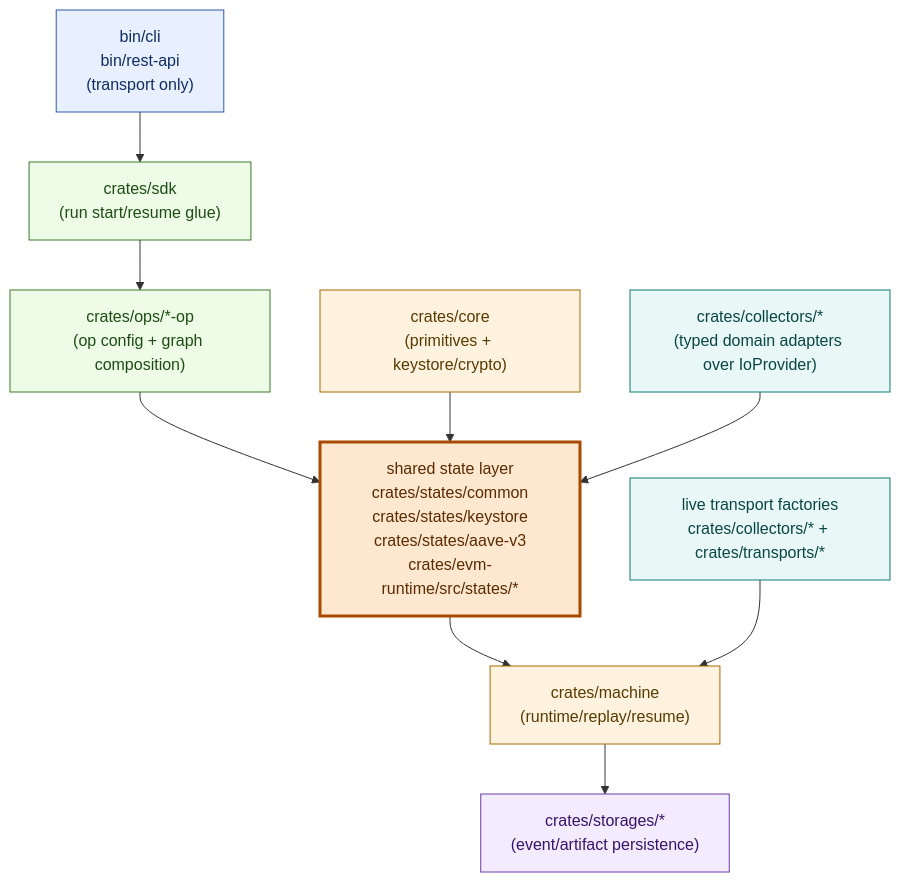
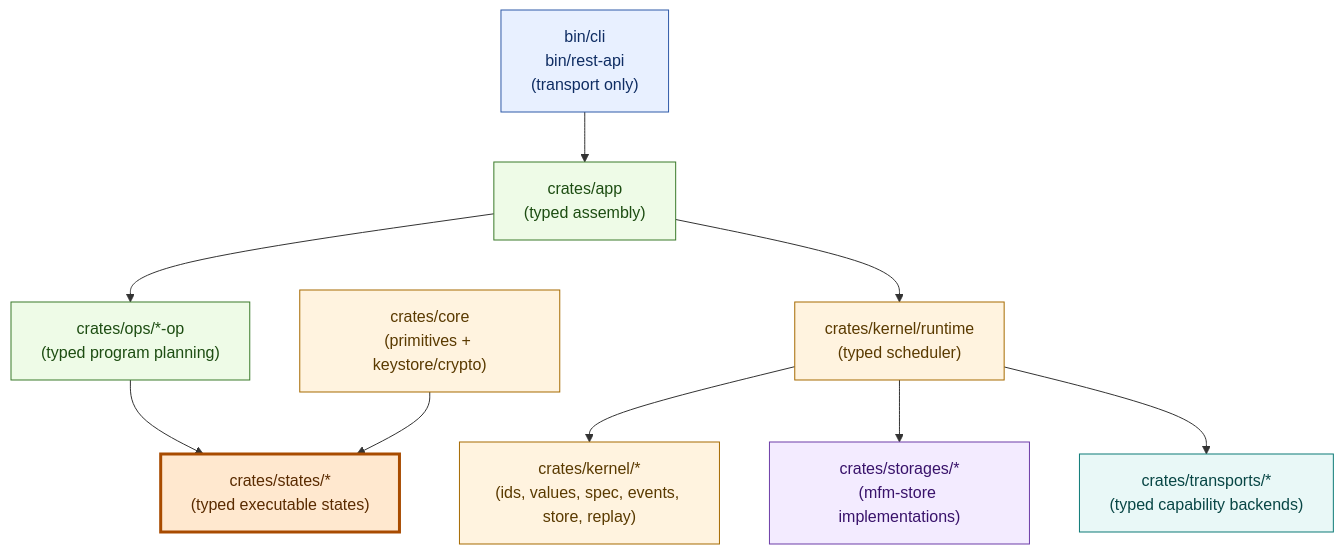
Before and after one commit to willyrgf/mfm: the diagram in README.md, drawn with Mermaid. The commit also changed other lines of this file and 55 other files, not shown here.

````diff
--- a/README.md
+++ b/README.md
@@ -9,25 +9,25 @@
 ```mermaid
 flowchart TD
-    B["bin/cli<br/>bin/rest-api<br/>(transport only)"] --> S["crates/sdk<br/>(run start/resume glue)"]
-    S --> O["crates/ops/*-op<br/>(op config + graph composition)"]
-    O --> SH["shared state layer<br/>crates/states/common<br/>crates/states/keystore<br/>crates/states/aave-v3<br/>crates/evm-runtime/src/states/*"]
-    SH --> M["crates/machine<br/>(runtime/replay/resume)"]
-    M --> ST["crates/storages/*<br/>(event/artifact persistence)"]
-    K["crates/core<br/>(primitives + keystore/crypto)"] --> SH
-    AD["crates/collectors/*<br/>(typed domain adapters over IoProvider)"] --> SH
-    LT["live transport factories<br/>crates/collectors/* + crates/transports/*"] --> M
+    B["bin/cli<br/>bin/rest-api<br/>(transport only)"] --> A["crates/app<br/>(typed assembly)"]
+    A --> O["crates/ops/*-op<br/>(typed program planning)"]
+    O --> SH["crates/states/*<br/>(typed executable states)"]
+    A --> R["crates/kernel/runtime<br/>(typed scheduler)"]
+    R --> K["crates/kernel/*<br/>(ids, values, spec, events, store, replay)"]
+    R --> ST["crates/storages/*<br/>(mfm-store implementations)"]
+    R --> TP["crates/transports/*<br/>(typed capability backends)"]
+    C["crates/core<br/>(primitives + keystore/crypto)"] --> SH
 
     classDef transport fill:#e8f0ff,stroke:#2f5aa8,color:#0f2d63,stroke-width:1px;
     classDef orchestration fill:#eefbe7,stroke:#3a7a2a,color:#1d4d12,stroke-width:1px;
     classDef statecore fill:#ffe8cf,stroke:#a84b00,color:#5a2b00,stroke-width:3px;
     classDef engine fill:#fff3df,stroke:#a66a00,color:#5a3a00,stroke-width:1px;
     classDef storage fill:#f3ebff,stroke:#6d3da8,color:#39136b,stroke-width:1px;
     classDef adapter fill:#e9f8f7,stroke:#0d7a77,color:#084645,stroke-width:1px;
 
     class B transport;
-    class S,O orchestration;
+    class A,O orchestration;
     class SH statecore;
-    class M,K engine;
+    class R,K,C engine;
     class ST storage;
-    class AD,LT adapter;
+    class TP adapter;
 ```
````
